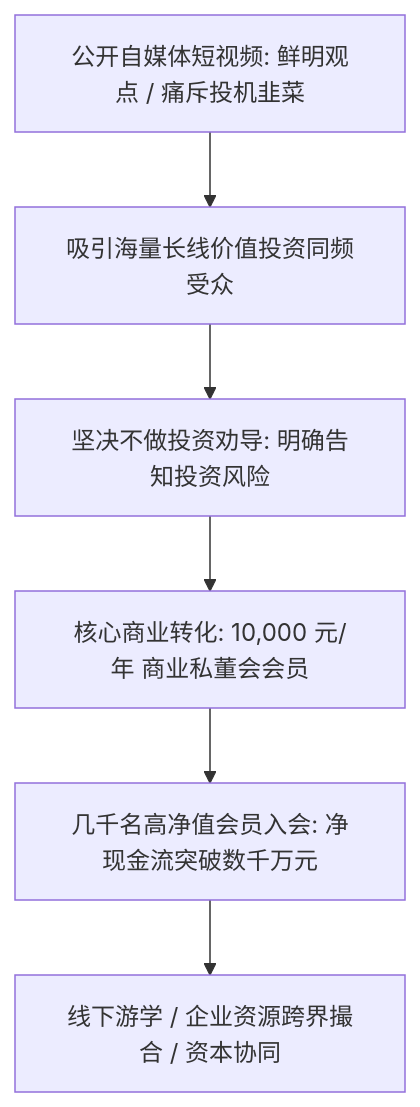
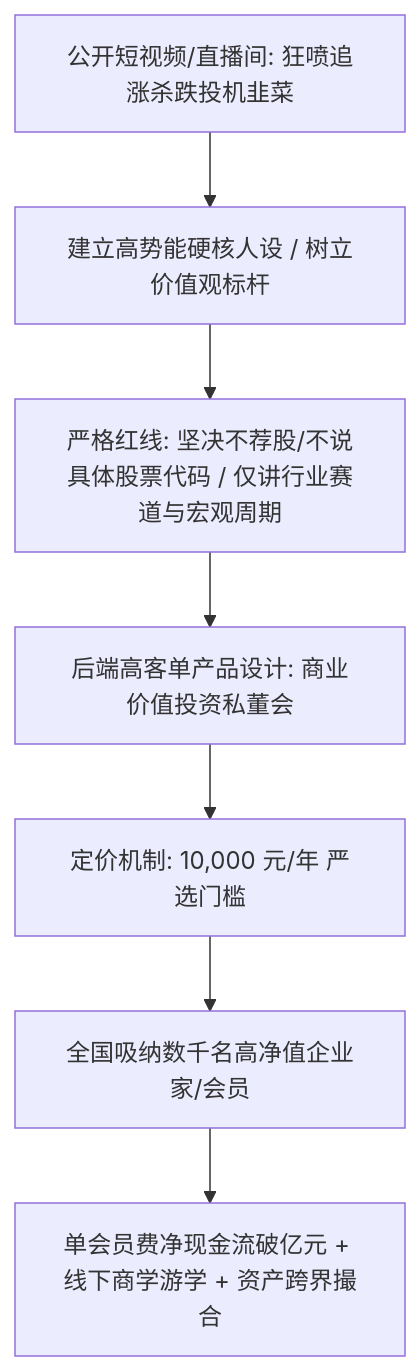
The sixth of 8 diagrams in content/live-20261109-daowen-01.md (dollarser/knowledge), drawn with Mermaid before and after one commit. The commit also changed other lines of this file and 4 other files, not shown here.

````diff
--- a/content/live-20261109-daowen-01.md
+++ b/content/live-20261109-daowen-01.md
@@ -115,8 +269,9 @@
 ```mermaid
 flowchart TD
-    A[公开自媒体短视频: 鲜明观点 / 痛斥投机韭菜] --> B[吸引海量长线价值投资同频受众]
-    B --> C[坚决不做投资劝导: 明确告知投资风险]
-    C --> D[核心商业转化: 10,000 元/年 商业私董会会员]
-    D --> E[几千名高净值会员入会: 净现金流突破数千万元]
-    E --> F[线下游学 / 企业资源跨界撮合 / 资本协同]
+    A[公开短视频/直播间: 狂喷追涨杀跌投机韭菜] --> B[建立高势能硬核人设 / 树立价值观标杆]
+    B --> C[严格红线: 坚决不荐股/不说具体股票代码 / 仅讲行业赛道与宏观周期]
+    C --> D[后端高客单产品设计: 商业价值投资私董会]
+    D --> E[定价机制: 10,000 元/年 严选门槛]
+    E --> F[全国吸纳数千名高净值企业家/会员]
+    F --> G[单会员费净现金流破亿元 + 线下商学游学 + 资产跨界撮合]
 ```
````
